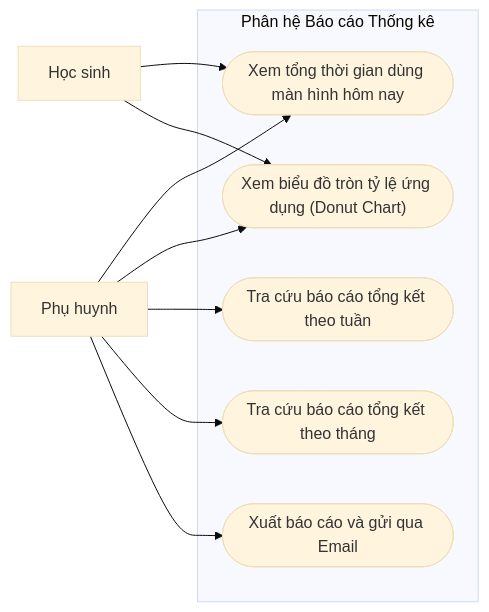
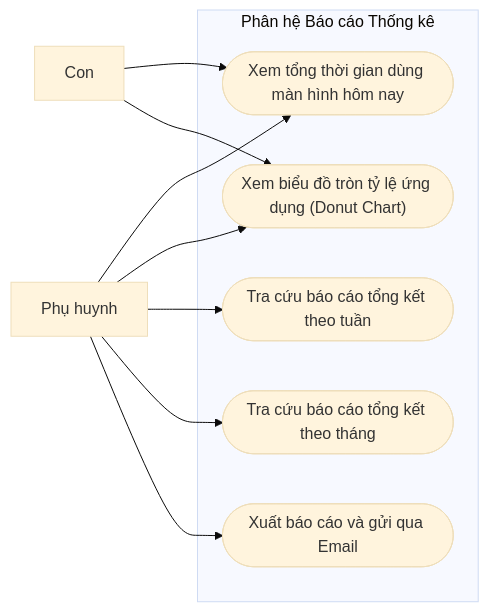
One commit to minhduc01168/KidGuardian-THPT changed the fifth of 20 diagrams in docs/Kura_Technical_Analysis.md. Above: the diagram before and after it, drawn with Mermaid (base theme). The commit also changed other lines of this file, not shown here.

Commit message:
docs: standardize terminology to Kura, Phụ huynh and Con, align diagrams with codebase

````diff
--- a/docs/Kura_Technical_Analysis.md
+++ b/docs/Kura_Technical_Analysis.md
@@ -357,18 +357,18 @@
 ```mermaid
 flowchart LR
-    subgraph Sub_Report ["Phân hệ Báo cáo Thống kê"]
-        RP1(["Xem tổng thời gian dùng màn hình hôm nay"])
-        RP2(["Xem biểu đồ tròn tỷ lệ ứng dụng (Donut Chart)"])
-        RP3(["Tra cứu báo cáo tổng kết theo tuần"])
-        RP4(["Tra cứu báo cáo tổng kết theo tháng"])
-        RP5(["Xuất báo cáo và gửi qua Email"])
-    end
+ subgraph Sub_Report ["Phân hệ Báo cáo Thống kê"]
+ RP1(["Xem tổng thời gian dùng màn hình hôm nay"])
+ RP2(["Xem biểu đồ tròn tỷ lệ ứng dụng (Donut Chart)"])
+ RP3(["Tra cứu báo cáo tổng kết theo tuần"])
+ RP4(["Tra cứu báo cáo tổng kết theo tháng"])
+ RP5(["Xuất báo cáo và gửi qua Email"])
+ end
 
-    Parent["Phụ huynh"] --> RP1
-    Parent --> RP2
-    Parent --> RP3
-    Parent --> RP4
-    Parent --> RP5
-    Child["Học sinh"] --> RP1
-    Child --> RP2
+ Parent["Phụ huynh"] --> RP1
+ Parent --> RP2
+ Parent --> RP3
+ Parent --> RP4
+ Parent --> RP5
+ Child["Con"] --> RP1
+ Child --> RP2
 ```
````
